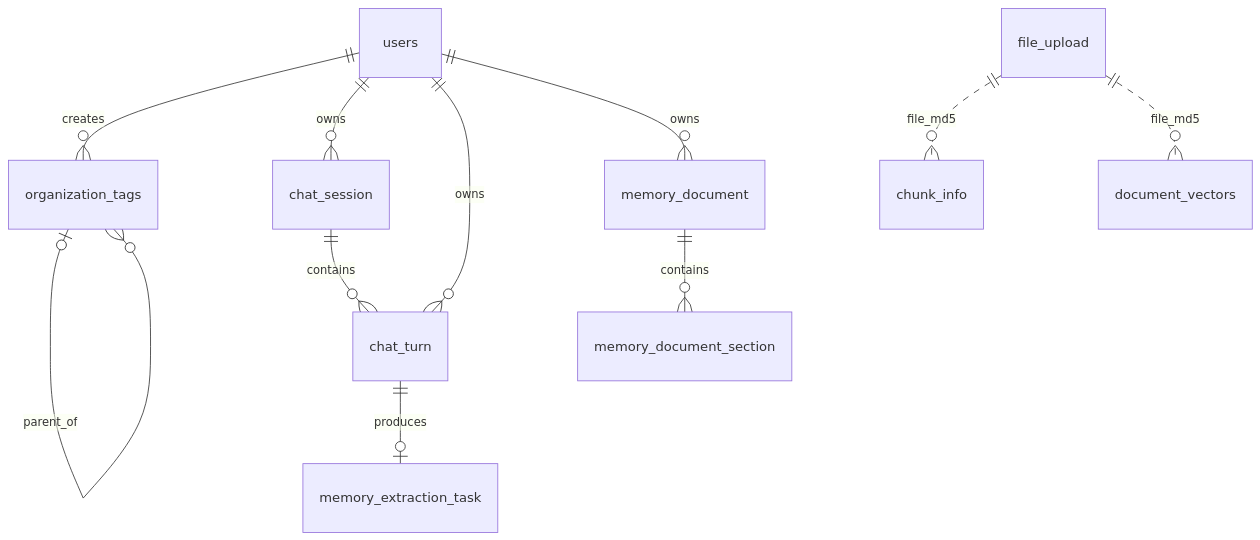
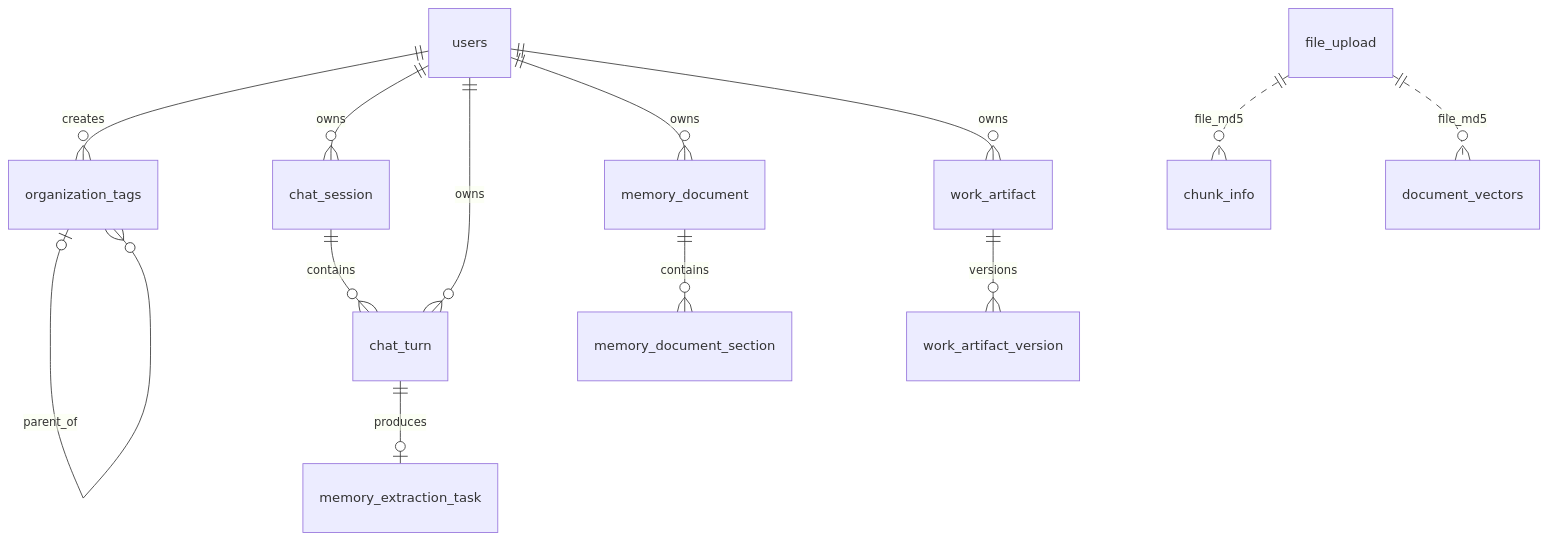
One commit to ye213116/yeRAG changed the diagram in docs/databases/database-design.md. Above: the diagram before and after it, drawn with Mermaid. The commit also changed other lines of this file and 35 other files, not shown here.

````diff
--- a/docs/databases/database-design.md
+++ b/docs/databases/database-design.md
@@ -34,14 +36,16 @@
 ```mermaid
 erDiagram
     users ||--o{ organization_tags : creates
     organization_tags o|--o{ organization_tags : parent_of
     users ||--o{ chat_session : owns
     users ||--o{ chat_turn : owns
     chat_session ||--o{ chat_turn : contains
     chat_turn ||--o| memory_extraction_task : produces
     users ||--o{ memory_document : owns
     memory_document ||--o{ memory_document_section : contains
+    users ||--o{ work_artifact : owns
+    work_artifact ||--o{ work_artifact_version : versions
 
     file_upload ||..o{ chunk_info : file_md5
     file_upload ||..o{ document_vectors : file_md5
 ```
````
